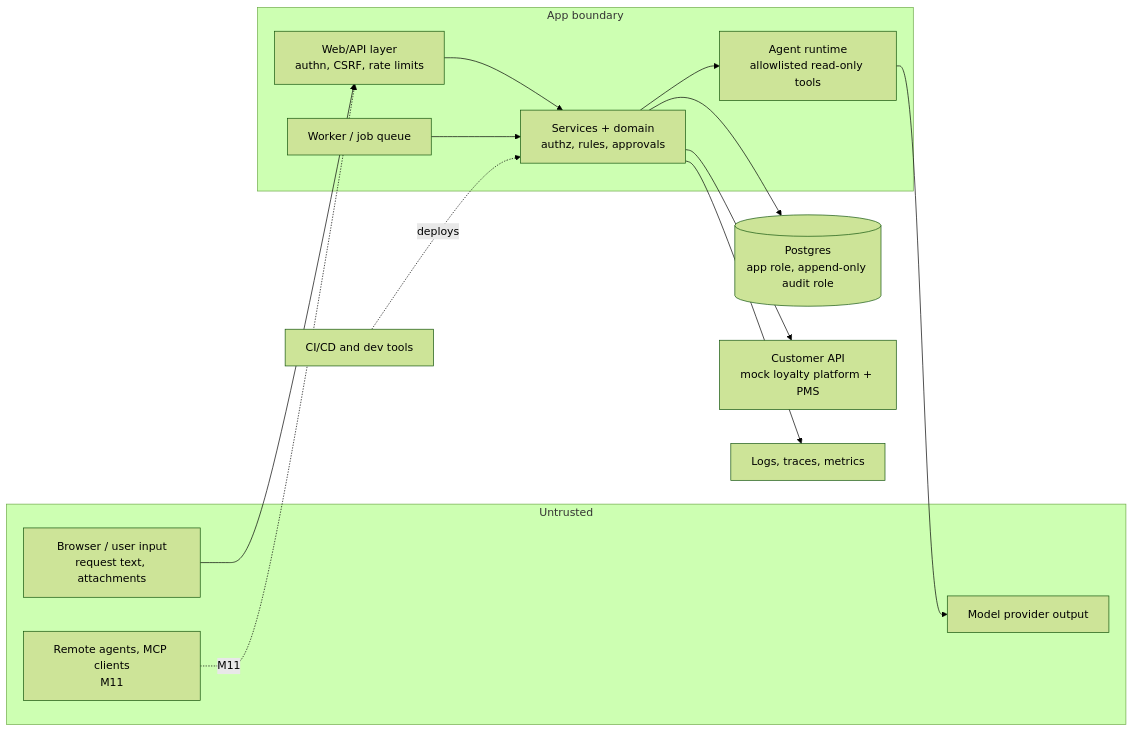
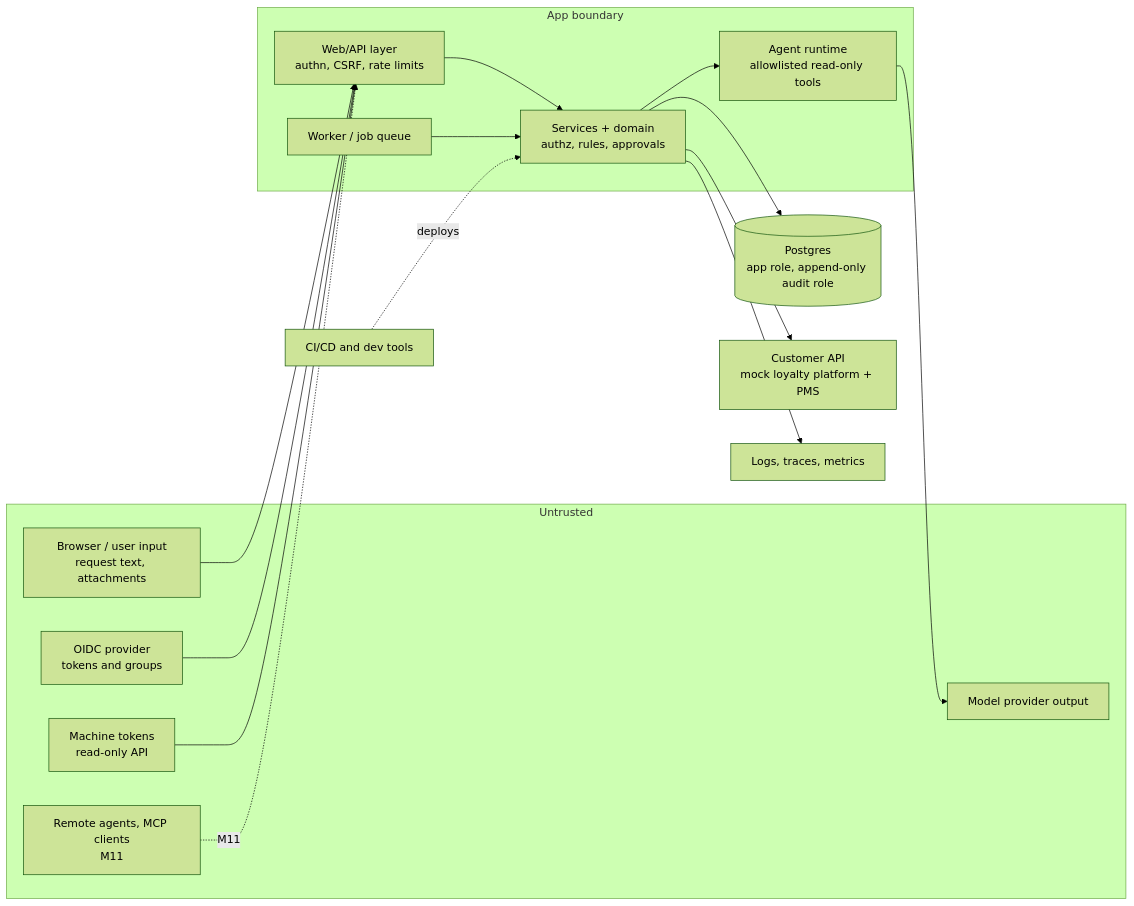
One commit to vamsialladev/loyalty-support-modernization changed the diagram in security/threat-model.md. Above: the diagram before and after it, drawn with Mermaid (forest theme). The commit also changed other lines of this file and 63 other files, not shown here.

First line of the commit message:
feat(security): customer scope, rate limits, OIDC, recovery, machine tokens, retention, red-team suite

````diff
--- a/security/threat-model.md
+++ b/security/threat-model.md
@@ -21,26 +21,30 @@
 ```mermaid
 flowchart LR
     subgraph Untrusted
         U[Browser / user input<br/>request text, attachments]
         LLM[Model provider output]
         EXT[Remote agents, MCP clients<br/>M11]
+        IDP[OIDC provider<br/>tokens and groups]
+        MT[Machine tokens<br/>read-only API]
     end
     subgraph APP["App boundary"]
         W[Web/API layer<br/>authn, CSRF, rate limits]
         S[Services + domain<br/>authz, rules, approvals]
         A[Agent runtime<br/>allowlisted read-only tools]
         K[Worker / job queue]
     end
     DB[(Postgres<br/>app role, append-only audit role)]
     API[Customer API<br/>mock loyalty platform + PMS]
     CI[CI/CD and dev tools]
     MON[Logs, traces, metrics]
     U --> W --> S
+    IDP --> W
+    MT --> W
     S --> A --> LLM
     S --> API
     K --> S
     S --> DB
     S --> MON
     EXT -. M11 .-> W
     CI -. deploys .-> S
 ```
````
